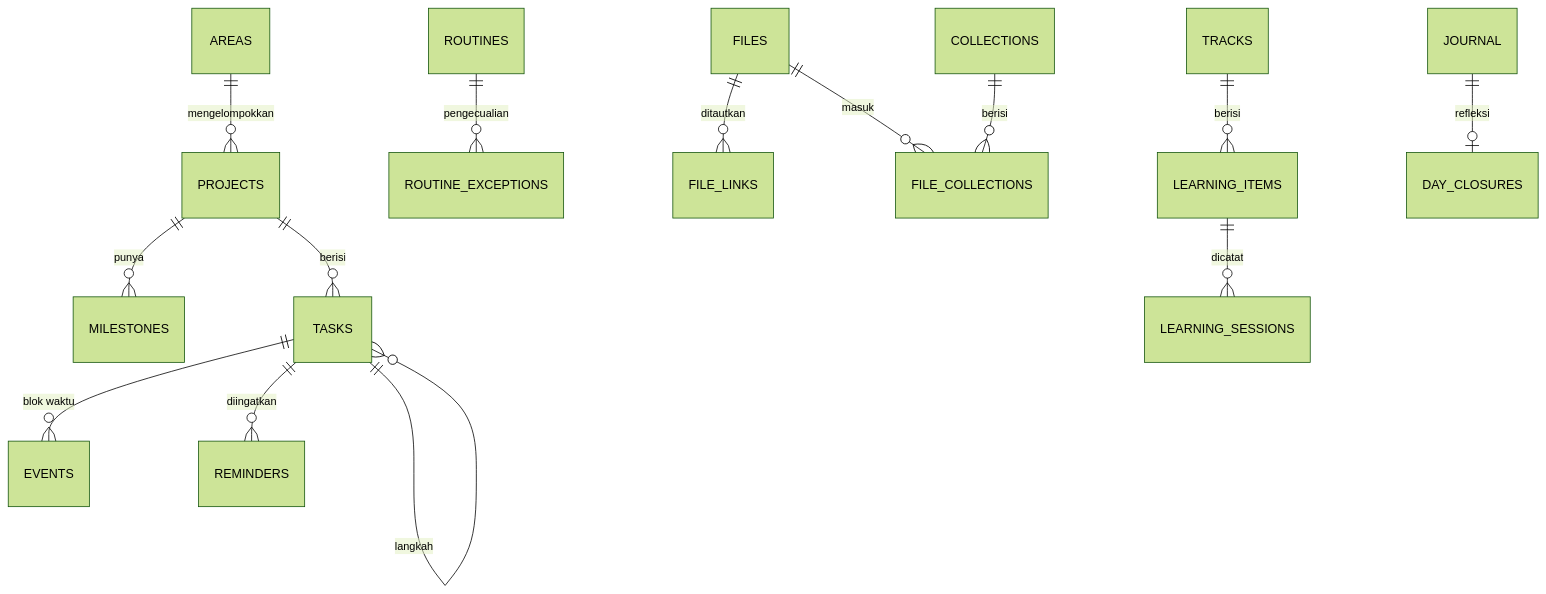
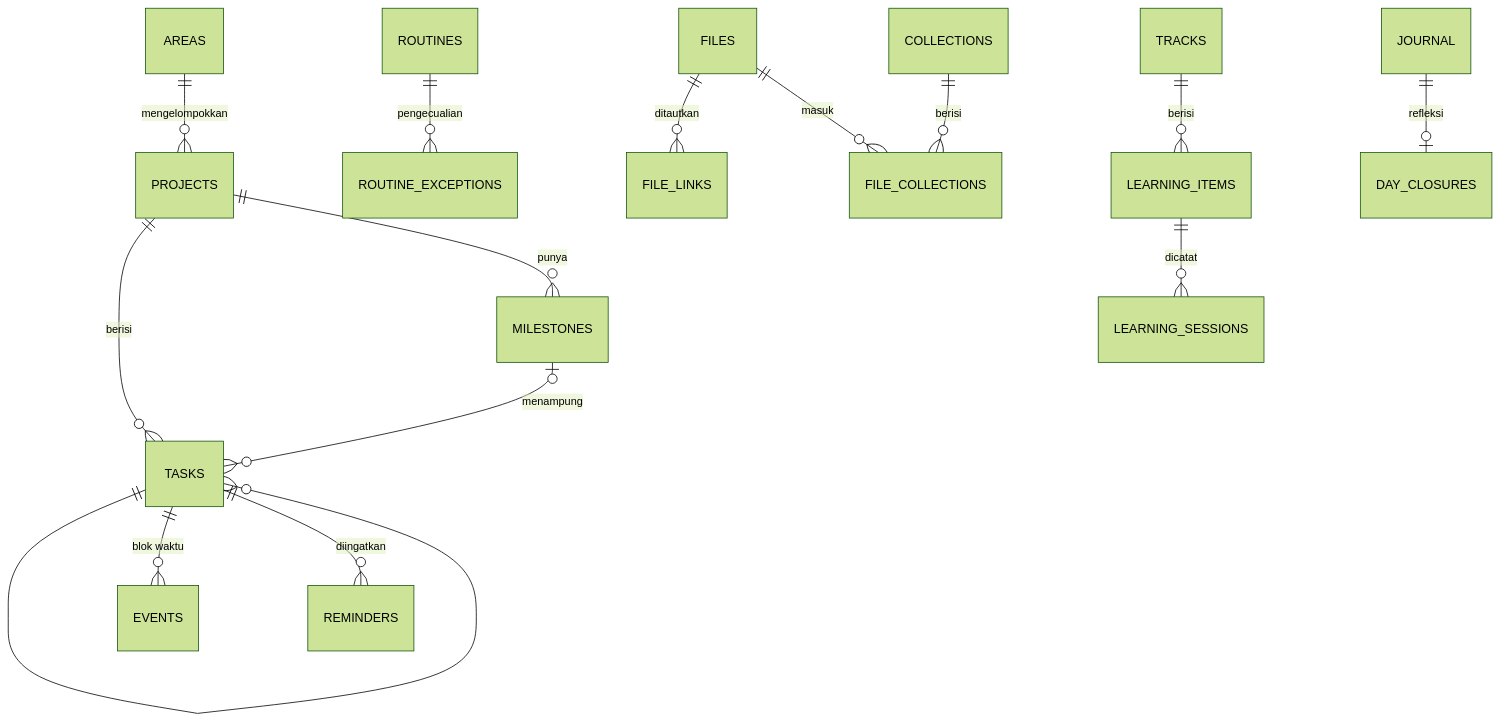
One commit to wh1techapel/hub changed the diagram in docs/finalisasi/diagram/03a-erd-produktivitas.mmd. Above: the diagram before and after it, drawn with Mermaid (forest theme). The commit also changed 116 other files, not shown here.

```diff
--- a/docs/finalisasi/diagram/03a-erd-produktivitas.mmd
+++ b/docs/finalisasi/diagram/03a-erd-produktivitas.mmd
@@ -1,14 +1,15 @@
 erDiagram
   AREAS ||--o{ PROJECTS : mengelompokkan
+  PROJECTS ||--o{ TASKS : berisi
   PROJECTS ||--o{ MILESTONES : punya
-  PROJECTS ||--o{ TASKS : berisi
-  TASKS ||--o{ TASKS : langkah
+  TASKS ||--o{ TASKS : ""
+  MILESTONES |o--o{ TASKS : menampung
   TASKS ||--o{ EVENTS : "blok waktu"
   TASKS ||--o{ REMINDERS : diingatkan
   ROUTINES ||--o{ ROUTINE_EXCEPTIONS : pengecualian
   FILES ||--o{ FILE_LINKS : ditautkan
   FILES ||--o{ FILE_COLLECTIONS : masuk
   COLLECTIONS ||--o{ FILE_COLLECTIONS : berisi
   TRACKS ||--o{ LEARNING_ITEMS : berisi
   LEARNING_ITEMS ||--o{ LEARNING_SESSIONS : dicatat
   JOURNAL ||--o| DAY_CLOSURES : refleksi
```
